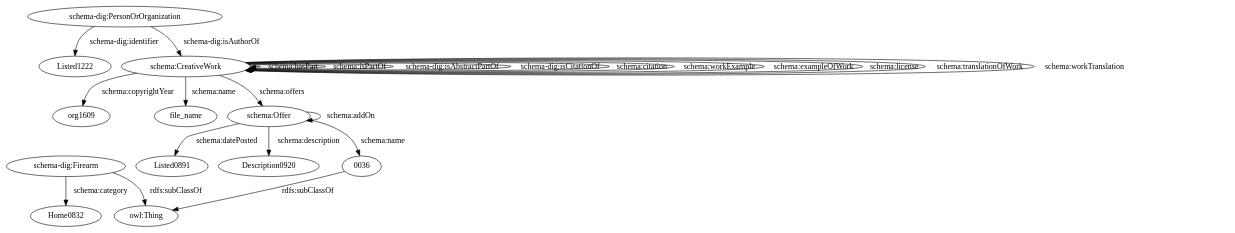
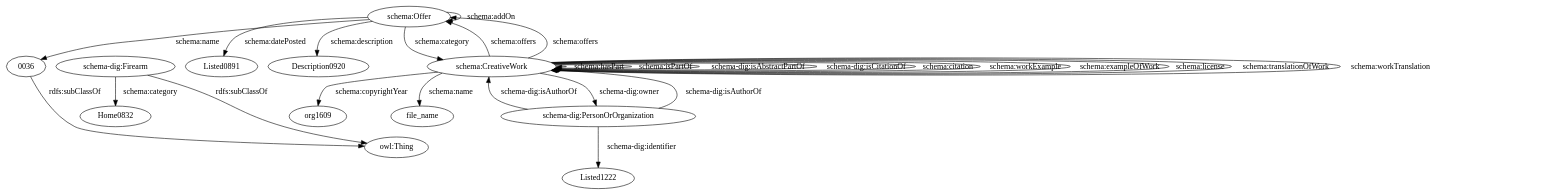
Before and after one commit to giuseppefutia/semi: the diagram in data/taheriyan2016/task_04/semantic_models/plausibles/dot/hawaiiguntrader.dot, drawn with Graphviz. The commit also changed 120 other files, not shown here.

```diff
--- a/data/taheriyan2016/task_04/semantic_models/plausibles/dot/hawaiiguntrader.dot
+++ b/data/taheriyan2016/task_04/semantic_models/plausibles/dot/hawaiiguntrader.dot
@@ -1,36 +1,40 @@
 digraph {
   Home0832 [type=attribute_name,label=Home0832]
   "schema-dig:Firearm1" [type=class_uri,label="schema-dig:Firearm"]
   Listed1222 [type=attribute_name,label=Listed1222]
   "schema-dig:PersonOrOrganization1" [type=class_uri,label="schema-dig:PersonOrOrganization"]
   org1609 [type=attribute_name,label=org1609]
   "schema:CreativeWork1" [type=class_uri,label="schema:CreativeWork"]
   file_name [type=attribute_name,label=file_name]
   Listed0891 [type=attribute_name,label=Listed0891]
   "schema:Offer1" [type=class_uri,label="schema:Offer"]
   Description0920 [type=attribute_name,label=Description0920]
   "0036" [type=attribute_name,label="0036"]
   "owl:Thing" [type=special,label="owl:Thing"]
   "schema-dig:Firearm1" -> Home0832 [label="schema:category",type=st_property_uri]
   "schema-dig:PersonOrOrganization1" -> Listed1222 [label="schema-dig:identifier",type=st_property_uri]
   "schema:CreativeWork1" -> org1609 [label="schema:copyrightYear",type=st_property_uri]
   "schema:CreativeWork1" -> file_name [label="schema:name",type=st_property_uri]
   "schema:Offer1" -> Listed0891 [label="schema:datePosted",type=st_property_uri]
   "schema:Offer1" -> Description0920 [label="schema:description",type=st_property_uri]
   "schema:Offer1" -> "0036" [label="schema:name",type=st_property_uri]
   "schema-dig:PersonOrOrganization1" -> "schema:CreativeWork1" [label="schema-dig:isAuthorOf",type=direct_property_uri,weight=1]
   "schema:CreativeWork1" -> "schema:CreativeWork1" [label="schema:hasPart",type=direct_property_uri,weight=1]
   "schema:CreativeWork1" -> "schema:CreativeWork1" [label="schema:isPartOf",type=direct_property_uri,weight=1]
   "schema:CreativeWork1" -> "schema:CreativeWork1" [label="schema-dig:isAbstractPartOf",type=direct_property_uri,weight=1]
   "schema:CreativeWork1" -> "schema:CreativeWork1" [label="schema-dig:isCitationOf",type=direct_property_uri,weight=1]
   "schema:CreativeWork1" -> "schema:CreativeWork1" [label="schema:citation",type=direct_property_uri,weight=1]
   "schema:CreativeWork1" -> "schema:CreativeWork1" [label="schema:workExample",type=direct_property_uri,weight=1]
   "schema:CreativeWork1" -> "schema:CreativeWork1" [label="schema:exampleOfWork",type=direct_property_uri,weight=1]
   "schema:CreativeWork1" -> "schema:CreativeWork1" [label="schema:license",type=direct_property_uri,weight=1]
   "schema:CreativeWork1" -> "schema:CreativeWork1" [label="schema:translationOfWork",type=direct_property_uri,weight=1]
   "schema:CreativeWork1" -> "schema:CreativeWork1" [label="schema:workTranslation",type=direct_property_uri,weight=1]
   "schema:CreativeWork1" -> "schema:Offer1" [label="schema:offers",type=direct_property_uri,weight=1]
   "schema:Offer1" -> "schema:Offer1" [label="schema:addOn",type=direct_property_uri,weight=1]
+  "schema-dig:PersonOrOrganization1" -> "schema:CreativeWork1" [label="schema-dig:isAuthorOf",type=inherited,weight=4]
+  "schema:CreativeWork1" -> "schema-dig:PersonOrOrganization1" [label="schema-dig:owner",type=inherited,weight=4]
+  "schema:CreativeWork1" -> "schema:Offer1" [label="schema:offers",type=inherited,weight=4]
+  "schema:Offer1" -> "schema:CreativeWork1" [label="schema:category",type=inherited,weight=4]
   "schema-dig:Firearm1" -> "owl:Thing" [label="rdfs:subClassOf",type=inherited,weight=0.3333333333333333]
   "0036" -> "owl:Thing" [label="rdfs:subClassOf",type=inherited,weight=0.3333333333333333]
 }
```
